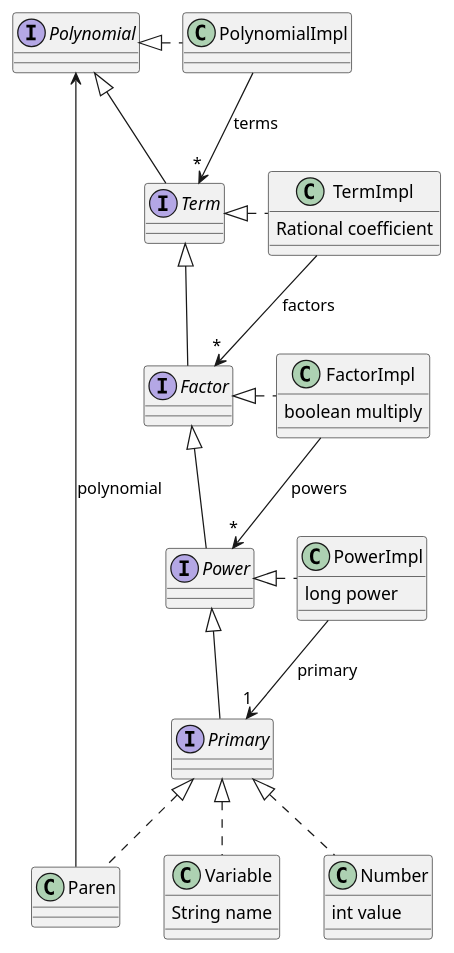
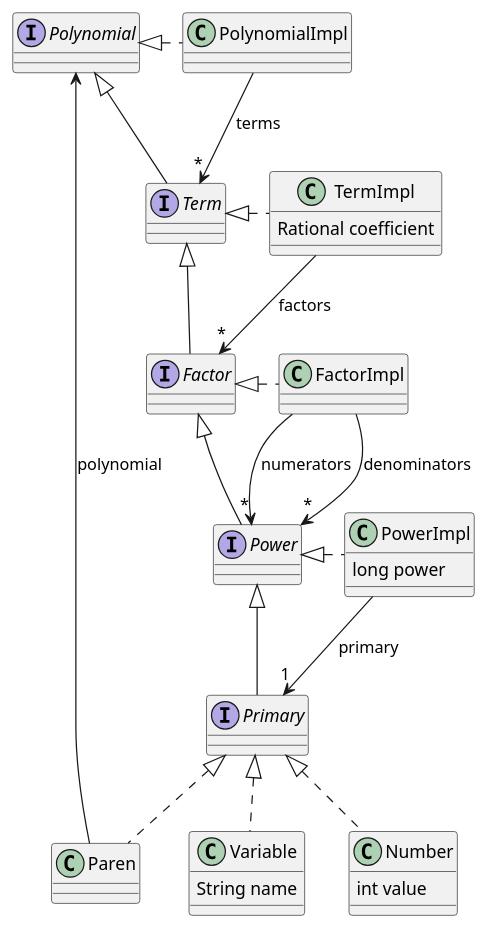
The diagram in doc/classes.plantuml (saka1029/form), drawn with PlantUML before and after one commit. The commit also changed 2 other files, not shown here.

```diff
--- a/doc/classes.plantuml
+++ b/doc/classes.plantuml
@@ -1,40 +1,39 @@
 @startuml form
 interface Polynomial
 class PolynomialImpl
 PolynomialImpl .left.|> Polynomial
 PolynomialImpl --> "*" Term : terms
 interface Term
 Term -|> Polynomial
 class TermImpl {
     Rational coefficient
 }
 TermImpl .left.|> Term
 TermImpl --> "*" Factor : factors
 interface Factor
 Factor -|> Term
-class FactorImpl {
-    boolean multiply
-}
+class FactorImpl
 FactorImpl .left.|> Factor
-FactorImpl --> "*" Power : powers
+FactorImpl --> "*" Power : numerators
+FactorImpl --> "*" Power : denominators
 interface Power
 Power -|> Factor
 class PowerImpl {
     long power
 }
 PowerImpl .left.|> Power
 PowerImpl --> "1" Primary : primary
 interface Primary
 Primary -|> Power
 class Variable {
     String name
 }
 Variable .up.|> Primary
 class Number {
     int value
 }
 Number .up.|> Primary
 class Paren
 Paren .up.|> Primary
 Paren -up-> Polynomial : polynomial
 @enduml
```
